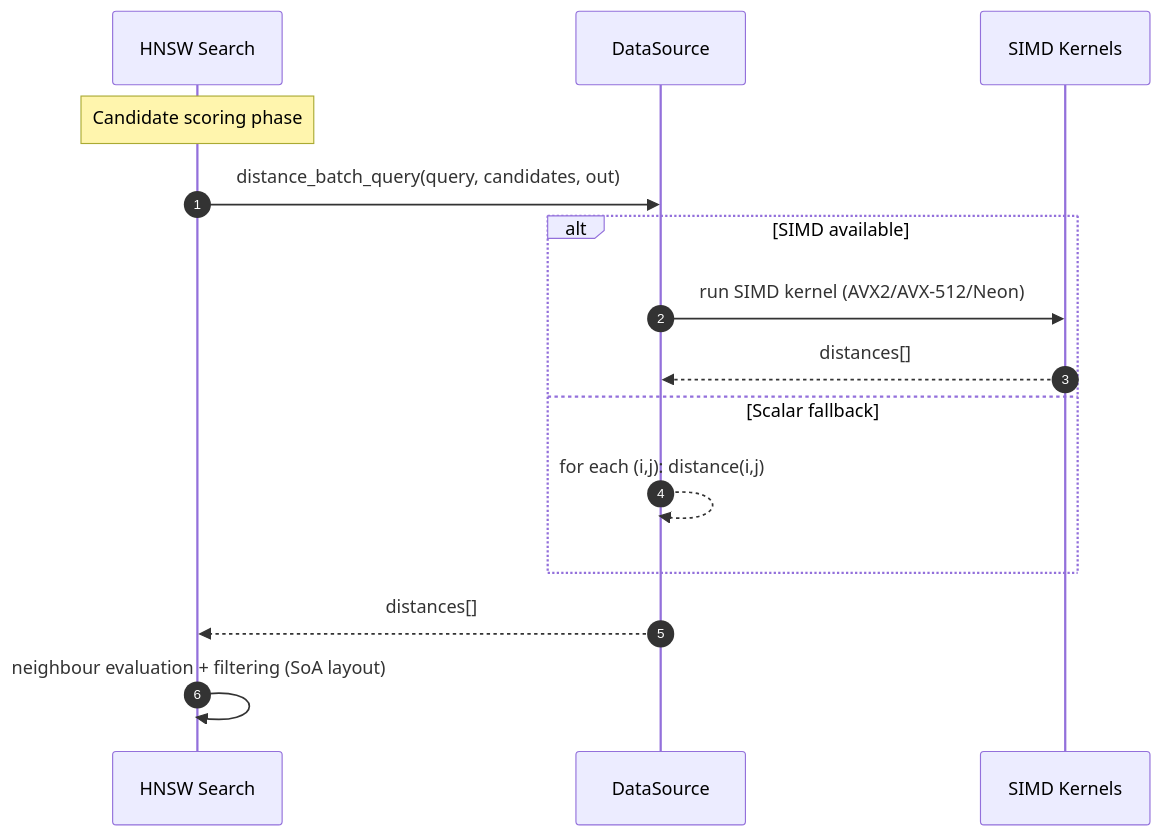
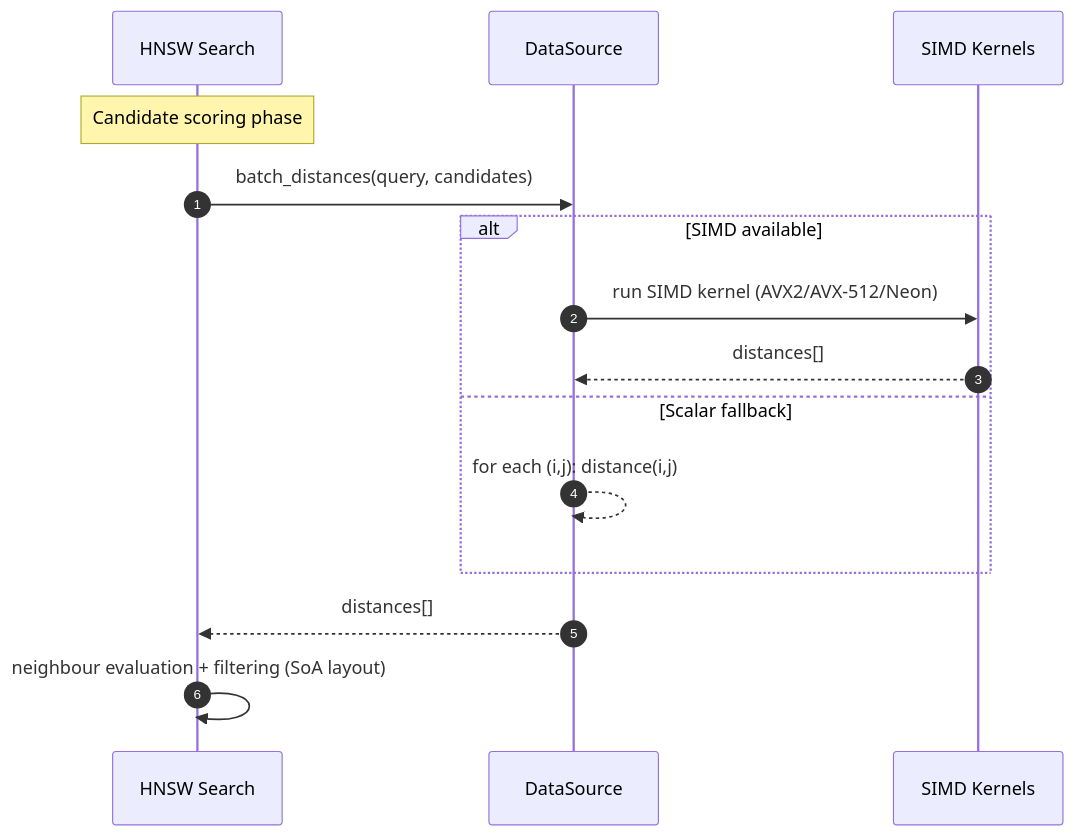
Before and after one commit to leynos/chutoro: the first of 2 diagrams in docs/chutoro-design.md, drawn with Mermaid. The commit also changed other lines of this file, not shown here.

First line of the commit message:
refactor(distance-batch): rename and refactor batch distance APIs for clarity

````diff
--- a/docs/chutoro-design.md
+++ b/docs/chutoro-design.md
@@ -943,20 +942,20 @@
 ```mermaid
 sequenceDiagram
   autonumber
   participant HNSW as HNSW Search
   participant DS as DataSource
   participant Kern as SIMD Kernels
 
   Note over HNSW: Candidate scoring phase
-  HNSW->>DS: distance_batch_query(query, candidates, out)
+  HNSW->>DS: batch_distances(query, candidates)
   alt SIMD available
     DS->>Kern: run SIMD kernel (AVX2/AVX-512/Neon)
     Kern-->>DS: distances[]
   else Scalar fallback
     DS-->>DS: for each (i,j): distance(i,j)
   end
   DS-->>HNSW: distances[]
   HNSW->>HNSW: neighbour evaluation + filtering (SoA layout)
   %% Note: CPUID/feature detection and function-pointer dispatch occur once during
   %% initialization; kernel call-sites remain branch-free.
 ```
````
